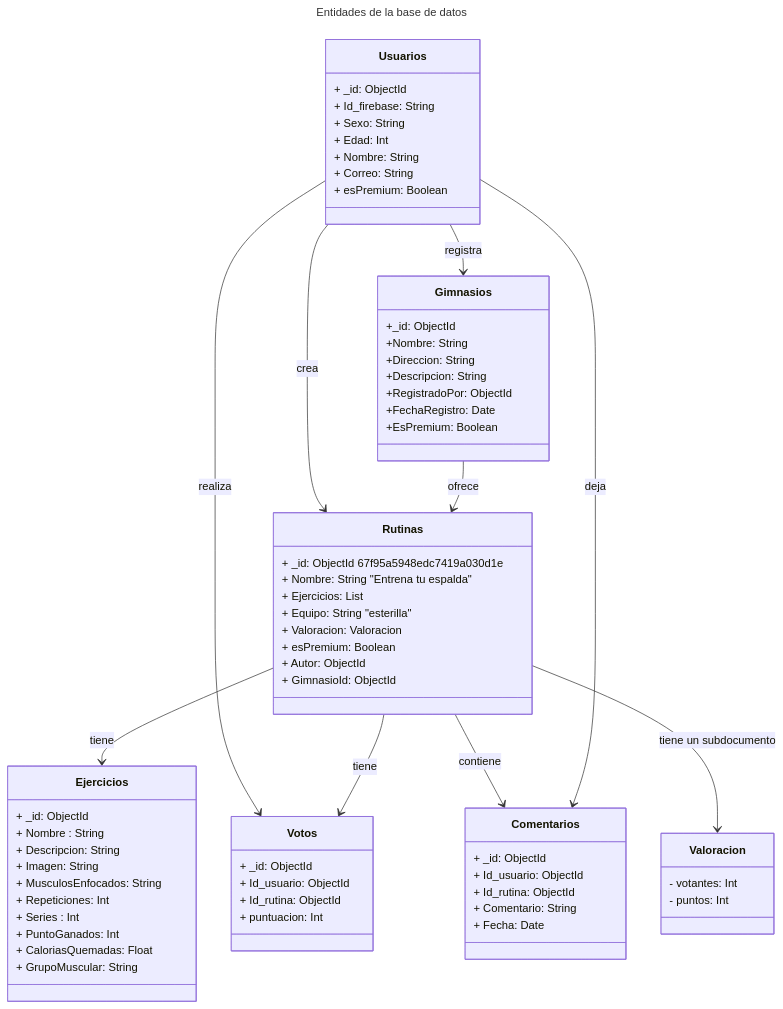
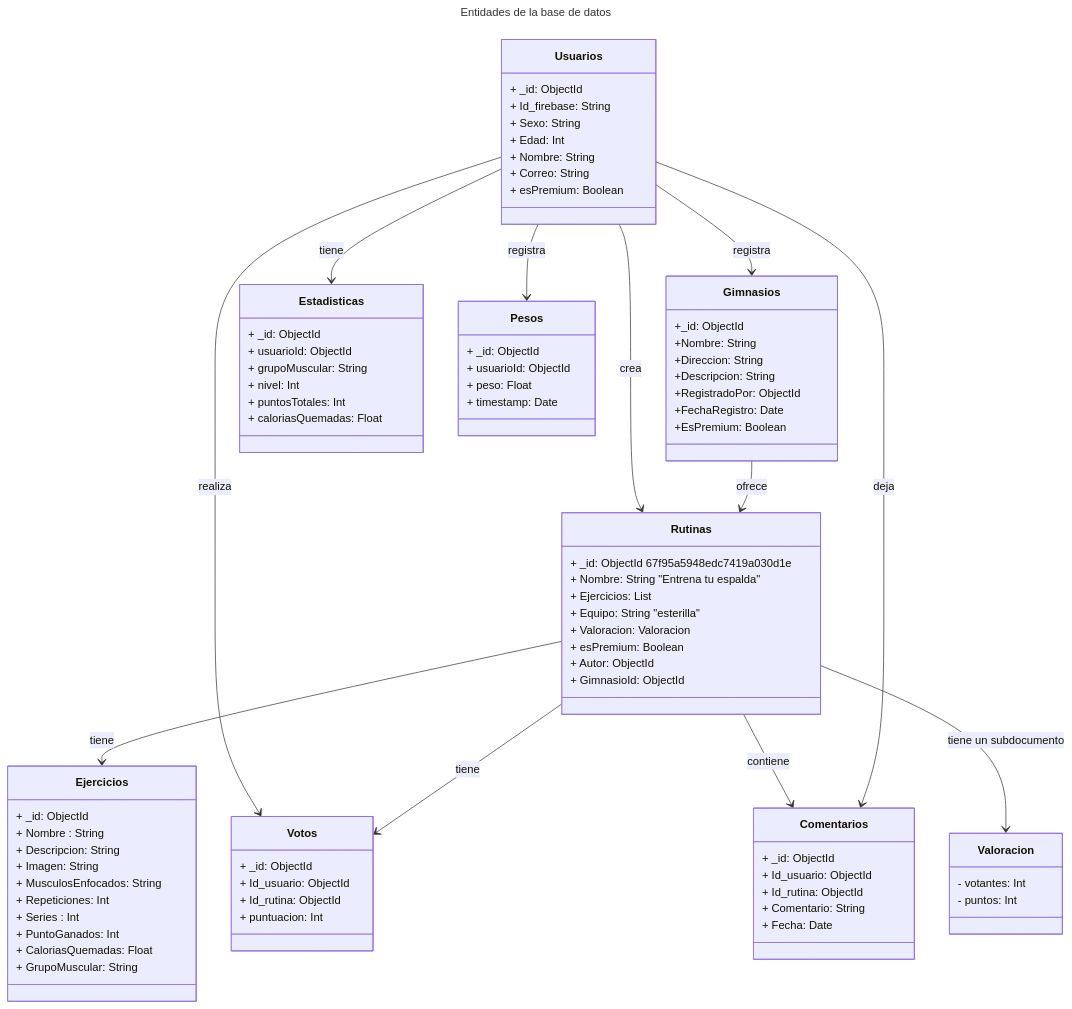
The second of 4 diagrams in readme.md (dganicolas/RutifyApi), drawn with Mermaid before and after one commit. The commit also changed 1 other file, not shown here.

Commit message:
añado entidad estadisticas y pesos

````diff
--- a/readme.md
+++ b/readme.md
@@ -48,6 +48,8 @@
     Rutinas --> Valoracion : tiene un subdocumento
     Gimnasios --> Rutinas : ofrece
     Usuarios --> Gimnasios : registra
+    Usuarios --> Estadisticas : tiene
+    Usuarios --> Pesos : registra
     
     class Usuarios{
         + _id: ObjectId
@@ -109,4 +111,21 @@
         + Comentario: String
         + Fecha: Date
     }
+    
+    class Estadisticas {
+        + _id: ObjectId
+        + usuarioId: ObjectId
+        + grupoMuscular: String
+        + nivel: Int
+        + puntosTotales: Int
+        + caloriasQuemadas: Float
+    }
+
+    class Pesos {
+        + _id: ObjectId
+        + usuarioId: ObjectId
+        + peso: Float
+        + timestamp: Date
+    }
+
 ```
````
